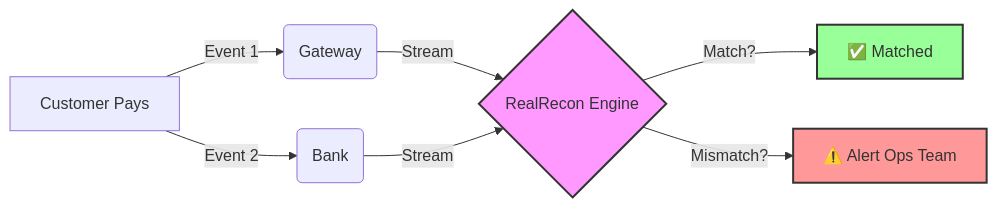
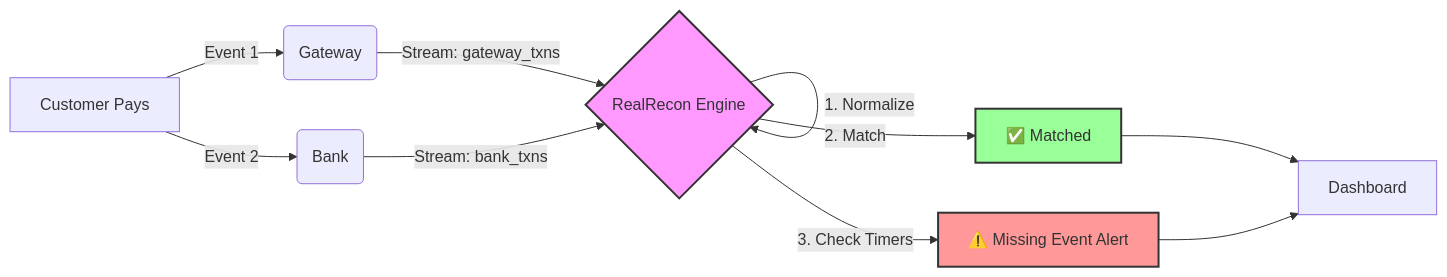
The diagram in Readme.md (aadii-chavan/ReconFlow), drawn with Mermaid before and after one commit. The commit also changed other lines of this file, not shown here.

````diff
--- a/Readme.md
+++ b/Readme.md
@@ -30,15 +78,19 @@
 ```mermaid
 graph LR
     A[Customer Pays] -->|Event 1| B(Gateway)
     A -->|Event 2| C(Bank)
     
-    B -->|Stream| D{RealRecon Engine}
-    C -->|Stream| D
+    B -->|Stream: gateway_txns| D{RealRecon Engine}
+    C -->|Stream: bank_txns| D
     
-    D -->|Match?| E[✅ Matched]
-    D -->|Mismatch?| F[⚠️ Alert Ops Team]
+    D -->|1. Normalize| D
+    D -->|2. Match| E[✅ Matched]
+    D -->|3. Check Timers| F[⚠️ Missing Event Alert]
+    
+    E --> G[Dashboard]
+    F --> G
     
     style D fill:#f9f,stroke:#333,stroke-width:2px
     style E fill:#9f9,stroke:#333,stroke-width:2px
     style F fill:#f99,stroke:#333,stroke-width:2px
 ```
````
